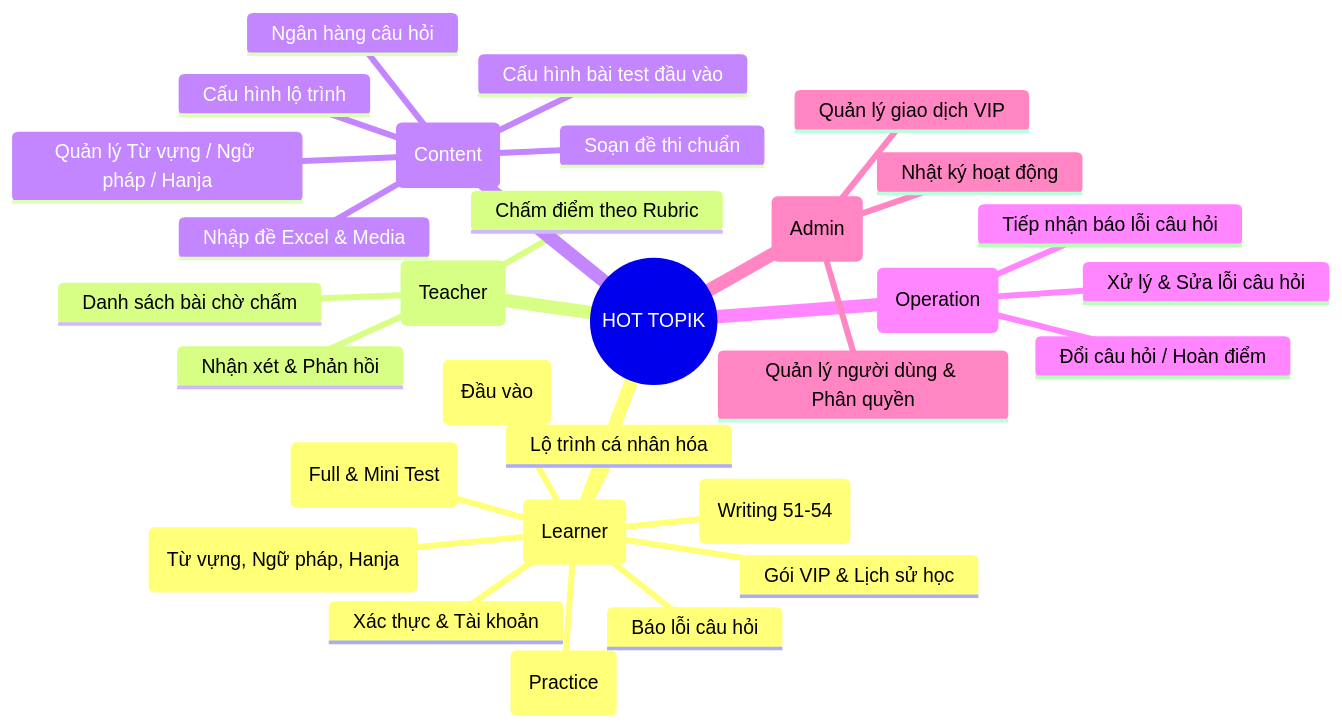
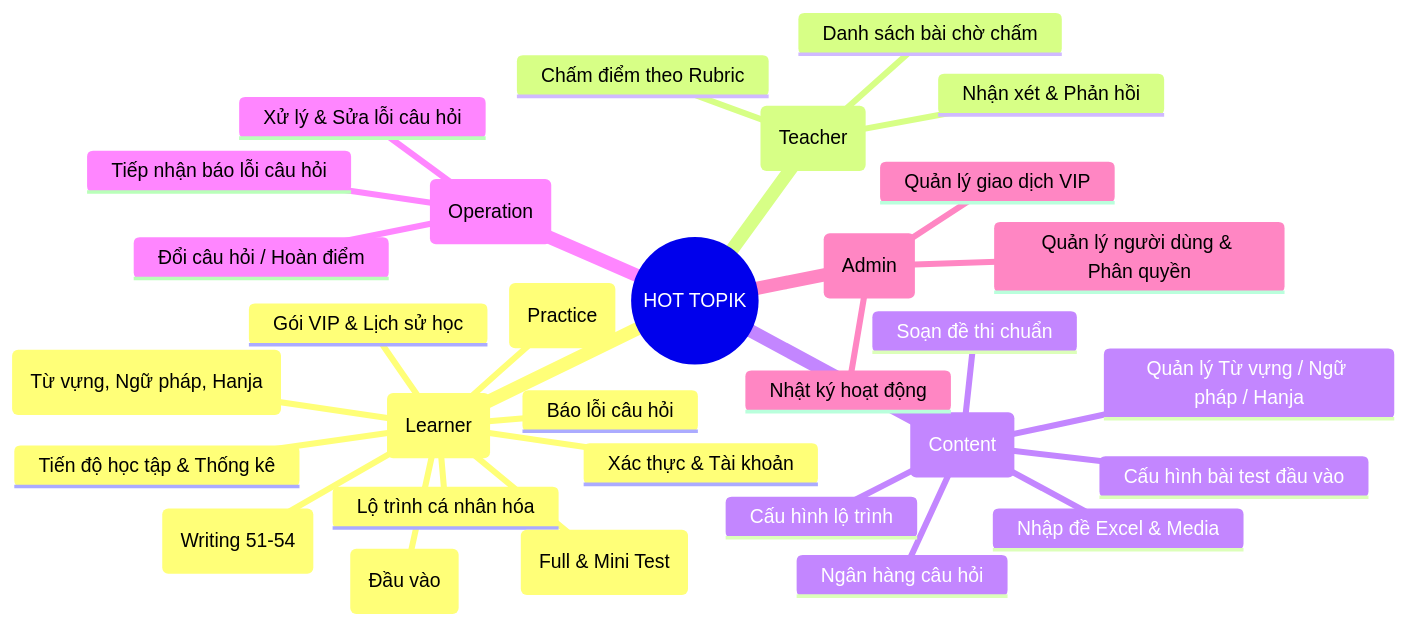
One commit to xuantrien2004/SEP490_G25_HOT_TOPIK changed the diagram in docs/AI_CONTEXT/03-FUNCTIONAL-MODULES.md. Above: the diagram before and after it, drawn with Mermaid. The commit also changed other lines of this file and 71 other files, not shown here.

````diff
--- a/docs/AI_CONTEXT/03-FUNCTIONAL-MODULES.md
+++ b/docs/AI_CONTEXT/03-FUNCTIONAL-MODULES.md
@@ -11,33 +11,34 @@
 ```mermaid
 mindmap
   root((HOT TOPIK))
     Học Viên (Learner)
       Xác thực & Tài khoản
       Placement Test (Đầu vào)
       Lộ trình cá nhân hóa
       Kho Lý thuyết (Từ vựng, Ngữ pháp, Hanja)
       Luyện tập theo dạng (Practice)
       Đề thi thử (Full & Mini Test)
       Phòng Luyện Viết (Writing 51-54)
+      Tiến độ học tập & Thống kê
       Gói VIP & Lịch sử học
       Báo lỗi câu hỏi
     Giáo Viên (Teacher)
       Danh sách bài chờ chấm
       Chấm điểm theo Rubric
       Nhận xét & Phản hồi
     Quản Lý Nội Dung (Content)
       Nhập đề Excel & Media
       Ngân hàng câu hỏi
       Soạn đề thi chuẩn
       Cấu hình bài test đầu vào
       Cấu hình lộ trình
       Quản lý Từ vựng / Ngữ pháp / Hanja
     Quản Lý Vận Hành (Operation)
       Tiếp nhận báo lỗi câu hỏi
       Xử lý & Sửa lỗi câu hỏi
       Đổi câu hỏi / Hoàn điểm
     Quản Trị Viên (Admin)
       Quản lý người dùng & Phân quyền
       Quản lý giao dịch VIP
       Nhật ký hoạt động
 ```
````
